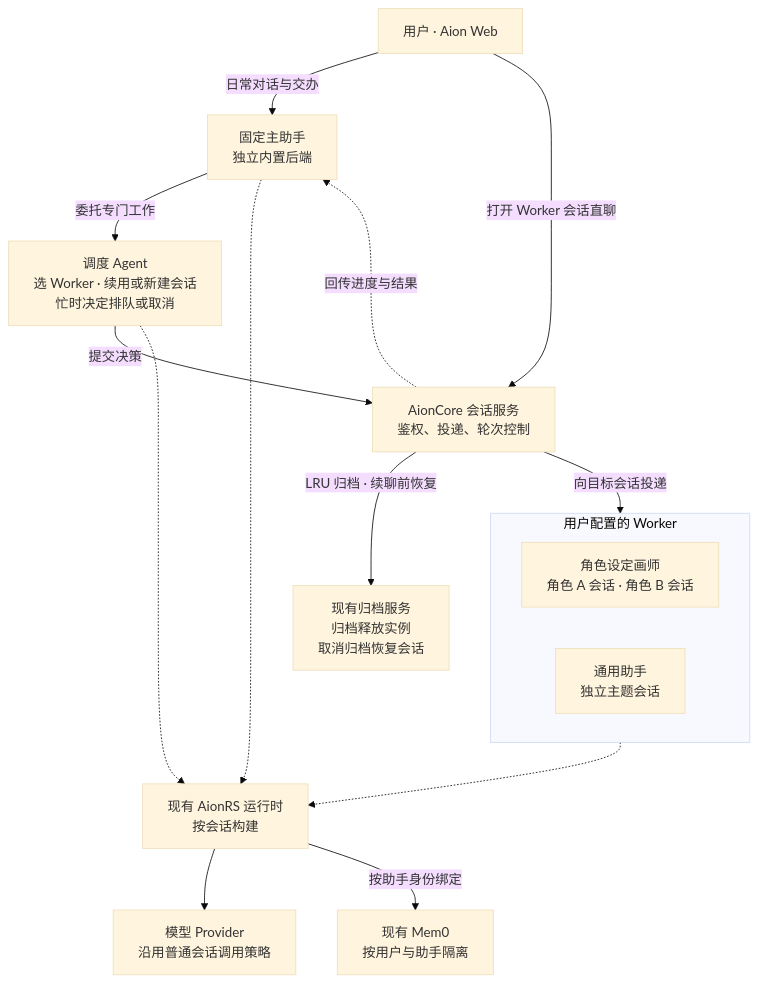
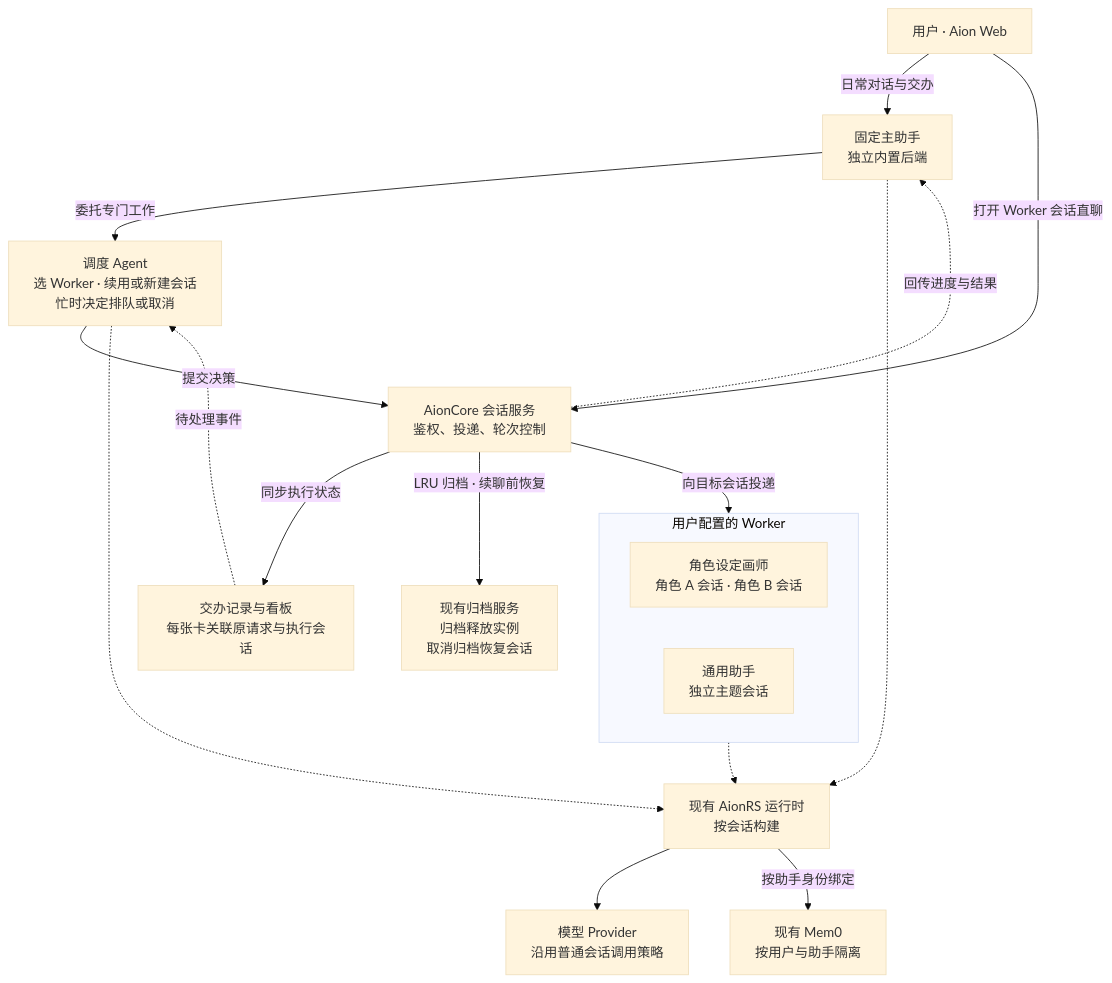
The diagram in docs/assistant-worker-dispatch-prd.md (hoholidayx/Aion), drawn with Mermaid (base theme) before and after one commit. The commit also changed other lines of this file, not shown here.

Commit message:
docs: specify the assistant dispatch board

````diff
--- a/docs/assistant-worker-dispatch-prd.md
+++ b/docs/assistant-worker-dispatch-prd.md
@@ -11,30 +11,33 @@
 ```mermaid
 flowchart TB
     User["用户 · Aion Web"]
     Main["固定主助手<br/>独立内置后端"]
     Dispatch["调度 Agent<br/>选 Worker · 续用或新建会话<br/>忙时决定排队或取消"]
     Sessions["AionCore 会话服务<br/>鉴权、投递、轮次控制"]
+    Board["交办记录与看板<br/>每张卡关联原请求与执行会话"]
     Archive["现有归档服务<br/>归档释放实例<br/>取消归档恢复会话"]
     Runtime["现有 AionRS 运行时<br/>按会话构建"]
     Provider["模型 Provider<br/>沿用普通会话调用策略"]
     Memory["现有 Mem0<br/>按用户与助手隔离"]
 
     subgraph Workers["用户配置的 Worker"]
         direction LR
         Artist["角色设定画师<br/>角色 A 会话 · 角色 B 会话"]
         General["通用助手<br/>独立主题会话"]
     end
 
     User -->|日常对话与交办| Main
     User -->|打开 Worker 会话直聊| Sessions
     Main -->|委托专门工作| Dispatch
     Dispatch -->|提交决策| Sessions
     Sessions -.->|回传进度与结果| Main
+    Sessions -->|同步执行状态| Board
+    Board -.->|待处理事件| Dispatch
     Sessions -->|向目标会话投递| Workers
     Sessions -->|LRU 归档 · 续聊前恢复| Archive
     Main -.-> Runtime
     Dispatch -.-> Runtime
     Workers -.-> Runtime
     Runtime --> Provider
     Runtime -->|按助手身份绑定| Memory
 ```
````
